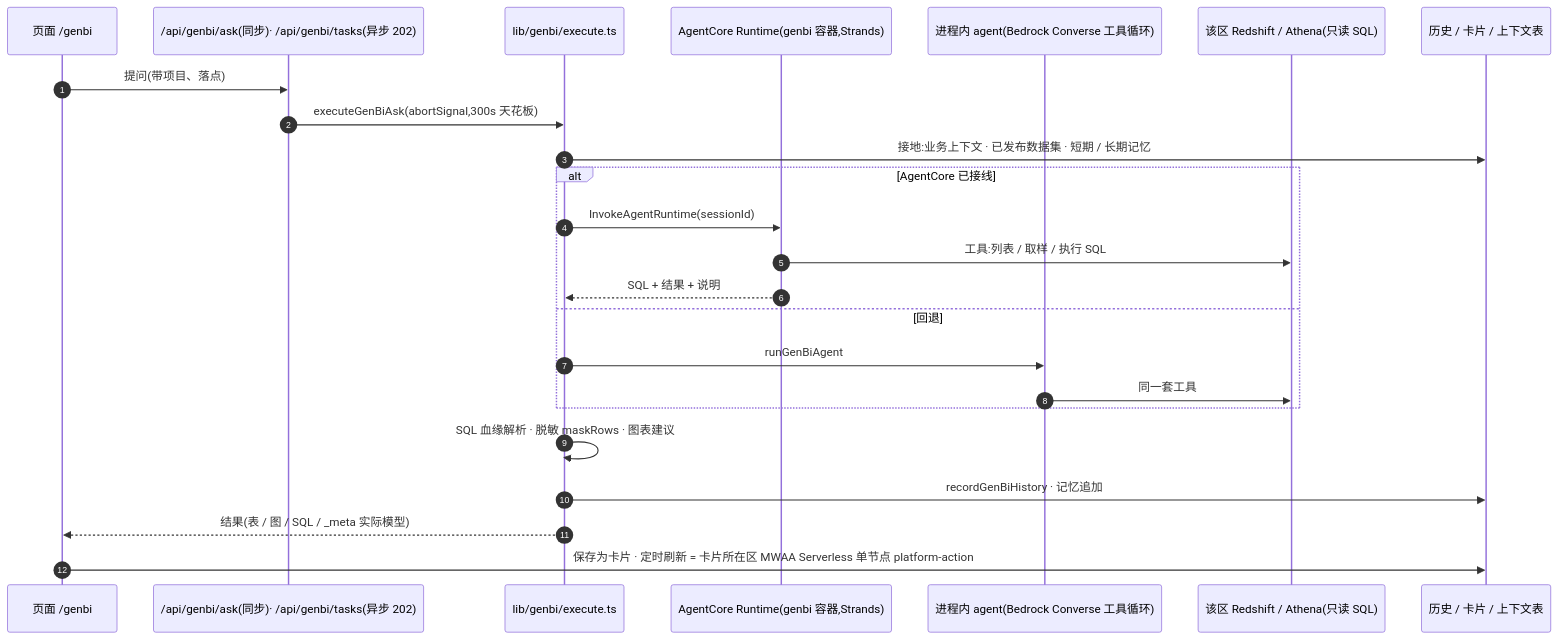
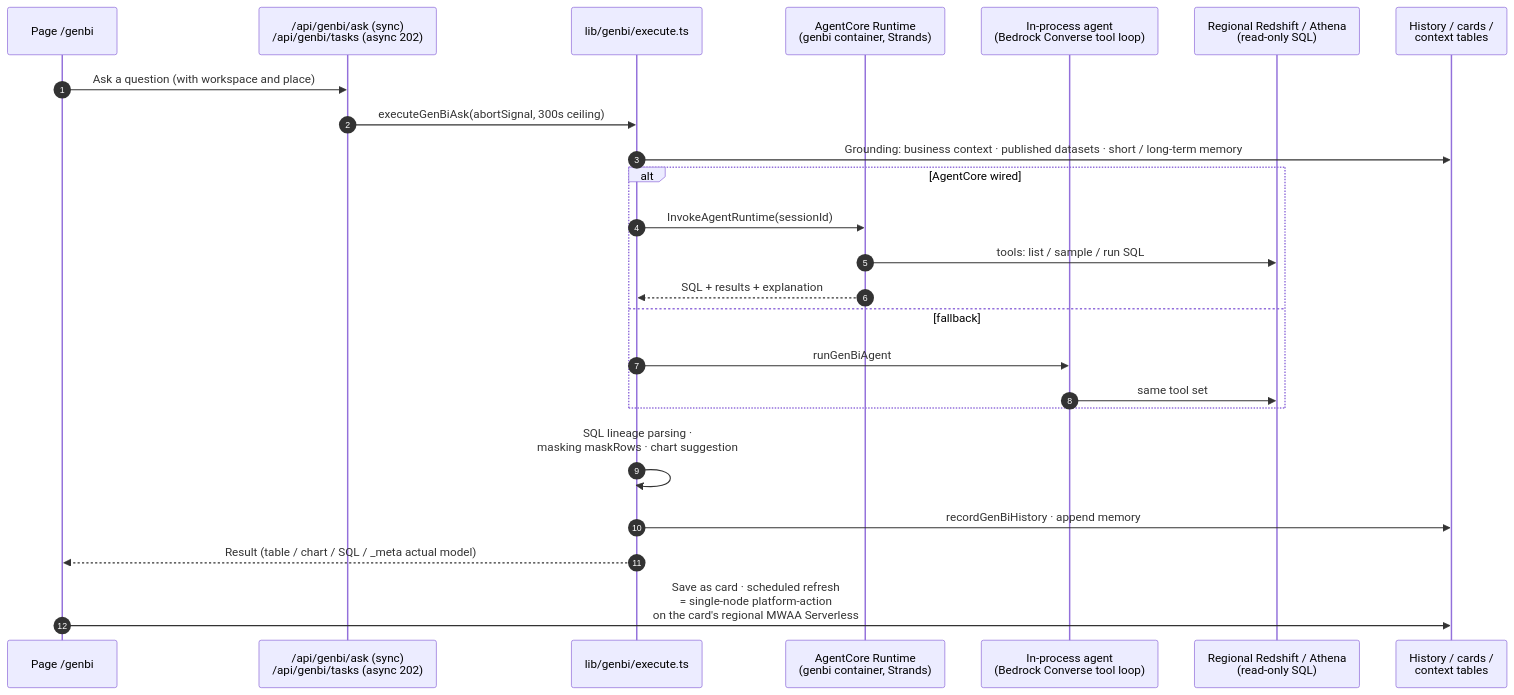
One commit to aws-samples/sample-kingfisher changed the diagram in docs/diagrams/src/mr-flow-genbi.mmd. Above: the diagram before and after it, drawn with Mermaid. The commit also changed 95 other files, not shown here.

```diff
--- a/docs/diagrams/src/mr-flow-genbi.mmd
+++ b/docs/diagrams/src/mr-flow-genbi.mmd
@@ -1,24 +1,25 @@
+%%{init: {"sequence": {"wrapPadding": 18}}}%%
 sequenceDiagram
   autonumber
-  participant U as 页面 /genbi
-  participant API as /api/genbi/ask(同步)· /api/genbi/tasks(异步 202)
+  participant U as Page /genbi
+  participant API as /api/genbi/ask (sync)<br/>/api/genbi/tasks (async 202)
   participant EX as lib/genbi/execute.ts
-  participant AC as AgentCore Runtime(genbi 容器,Strands)
-  participant IP as 进程内 agent(Bedrock Converse 工具循环)
-  participant DP as 该区 Redshift / Athena(只读 SQL)
-  participant DDB as 历史 / 卡片 / 上下文表
-  U->>API: 提问(带项目、落点)
-  API->>EX: executeGenBiAsk(abortSignal,300s 天花板)
-  EX->>DDB: 接地:业务上下文 · 已发布数据集 · 短期 / 长期记忆
-  alt AgentCore 已接线
+  participant AC as AgentCore Runtime<br/>(genbi container, Strands)
+  participant IP as In-process agent<br/>(Bedrock Converse tool loop)
+  participant DP as Regional Redshift / Athena<br/>(read-only SQL)
+  participant DDB as History / cards /<br/>context tables
+  U->>API: Ask a question (with workspace and place)
+  API->>EX: executeGenBiAsk(abortSignal, 300s ceiling)
+  EX->>DDB: Grounding: business context · published datasets · short / long-term memory
+  alt AgentCore wired
     EX->>AC: InvokeAgentRuntime(sessionId)
-    AC->>DP: 工具:列表 / 取样 / 执行 SQL
-    AC-->>EX: SQL + 结果 + 说明
-  else 回退
+    AC->>DP: tools: list / sample / run SQL
+    AC-->>EX: SQL + results + explanation
+  else fallback
     EX->>IP: runGenBiAgent
-    IP->>DP: 同一套工具
+    IP->>DP: same tool set
   end
-  EX->>EX: SQL 血缘解析 · 脱敏 maskRows · 图表建议
-  EX->>DDB: recordGenBiHistory · 记忆追加
-  EX-->>U: 结果(表 / 图 / SQL / _meta 实际模型)
-  U->>DDB: 保存为卡片 · 定时刷新 = 卡片所在区 MWAA Serverless 单节点 platform-action
+  EX->>EX: SQL lineage parsing ·<br/>masking maskRows · chart suggestion<br/>
+  EX->>DDB: recordGenBiHistory · append memory
+  EX-->>U: Result (table / chart / SQL / _meta actual model)
+  U->>DDB: Save as card · scheduled refresh<br/>= single-node platform-action<br/>on the card's regional MWAA Serverless
```
